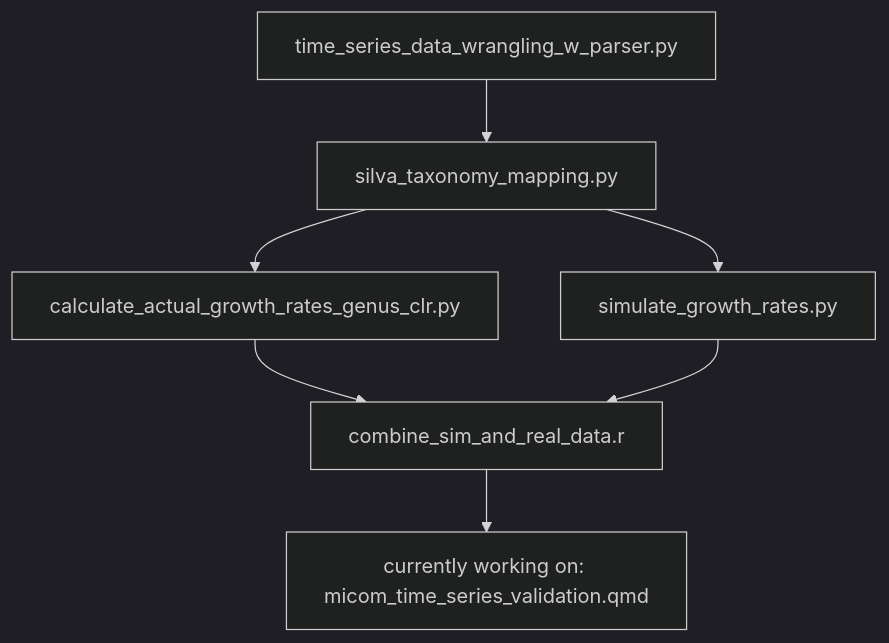
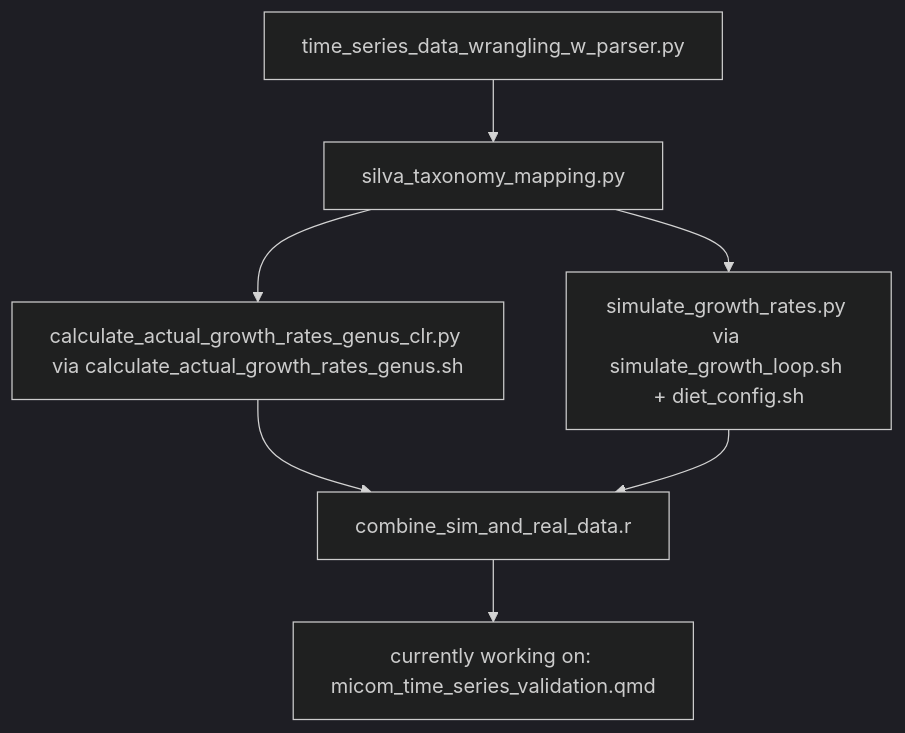
The diagram in README.md (laurie-lyon/micom-time-series), drawn with Mermaid (dark theme) before and after one commit.

````diff
--- a/README.md
+++ b/README.md
@@ -78,16 +78,16 @@
 ```mermaid
 flowchart TD
     A --> B
     B --> C
     B --> D
     C --> E
     D --> E
     E --> F
 
     A[time_series_data_wrangling_w_parser.py]
     B[silva_taxonomy_mapping.py]
-    C[calculate_actual_growth_rates_genus_clr.py]
-    D[simulate_growth_rates.py]
+    C[calculate_actual_growth_rates_genus_clr.py via calculate_actual_growth_rates_genus.sh]
+    D[simulate_growth_rates.py via simulate_growth_loop.sh + diet_config.sh]
     E[combine_sim_and_real_data.r]
     F[currently working on: micom_time_series_validation.qmd]
 ```
````
